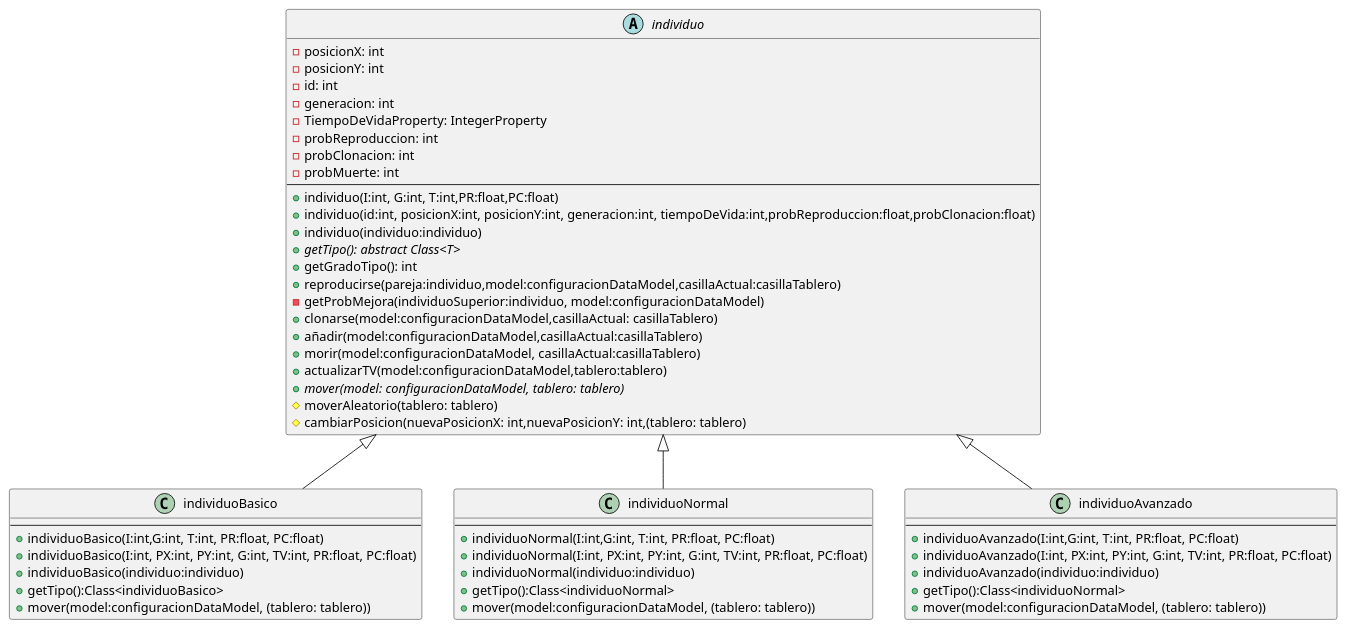
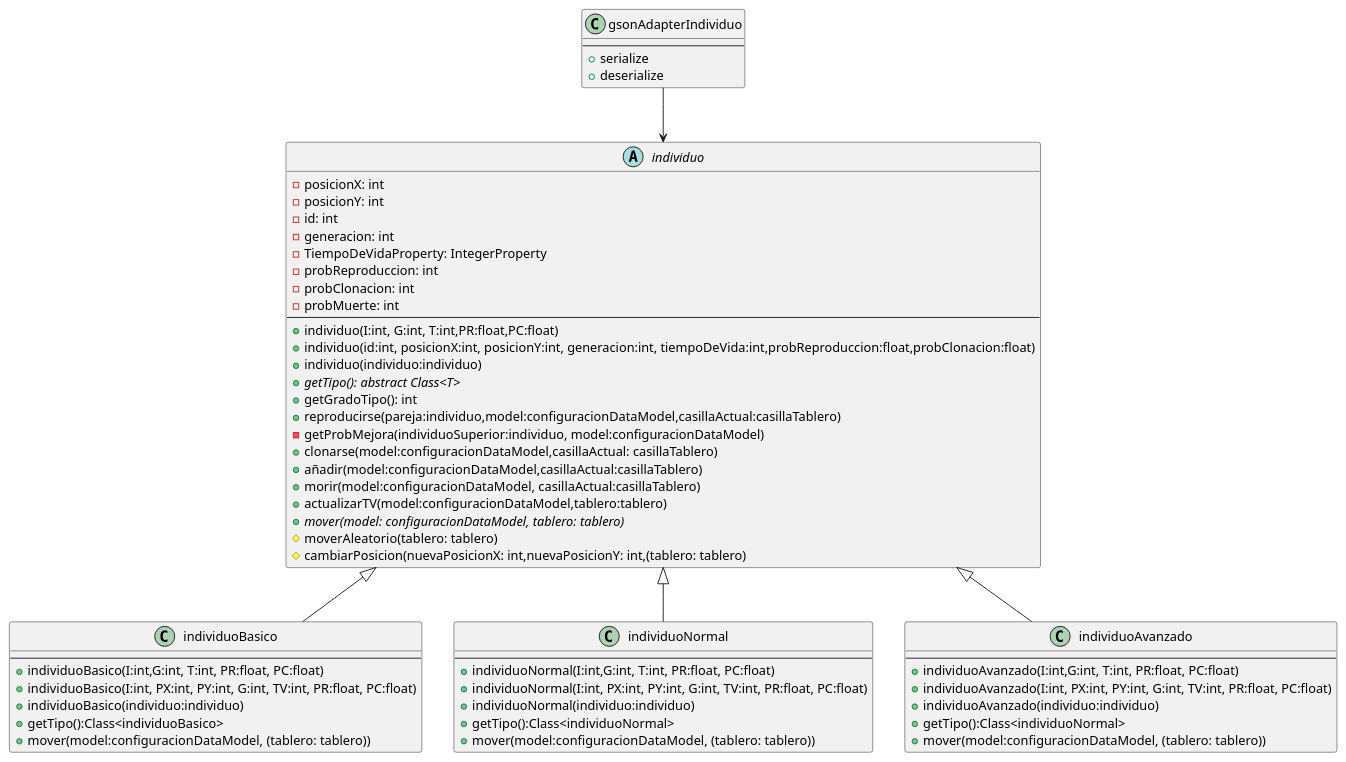
One commit to jeivees/PracticaFinal changed the diagram in UML/Individuos.puml. Above: the diagram before and after it, drawn with PlantUML. The commit also changed 3 other files, not shown here.

Commit message:
UML actualizado

```diff
--- a/UML/Individuos.puml
+++ b/UML/Individuos.puml
@@ -1,55 +1,60 @@
 @startuml
 'https://plantuml.com/use-case-diagram
 
 abstract class individuo{
     - posicionX: int
     - posicionY: int
     - id: int
     - generacion: int
     - TiempoDeVidaProperty: IntegerProperty
     - probReproduccion: int
     - probClonacion: int
     - probMuerte: int
     --
     + individuo(I:int, G:int, T:int,PR:float,PC:float)
     + individuo(id:int, posicionX:int, posicionY:int, generacion:int, tiempoDeVida:int,probReproduccion:float,probClonacion:float)
     + individuo(individuo:individuo)
     + {abstract} getTipo(): abstract Class<T>
     + getGradoTipo(): int
     + reproducirse(pareja:individuo,model:configuracionDataModel,casillaActual:casillaTablero)
     - getProbMejora(individuoSuperior:individuo, model:configuracionDataModel)
     + clonarse(model:configuracionDataModel,casillaActual: casillaTablero)
     + añadir(model:configuracionDataModel,casillaActual:casillaTablero)
     + morir(model:configuracionDataModel, casillaActual:casillaTablero)
     + actualizarTV(model:configuracionDataModel,tablero:tablero)
     + {abstract} mover(model: configuracionDataModel, tablero: tablero)
     # moverAleatorio(tablero: tablero)
     # cambiarPosicion(nuevaPosicionX: int,nuevaPosicionY: int,(tablero: tablero)
 }
 class individuoBasico extends individuo{
     --
     + individuoBasico(I:int,G:int, T:int, PR:float, PC:float)
     + individuoBasico(I:int, PX:int, PY:int, G:int, TV:int, PR:float, PC:float)
     + individuoBasico(individuo:individuo)
     + getTipo():Class<individuoBasico>
     + mover(model:configuracionDataModel, (tablero: tablero))
     }
 class individuoNormal extends individuo{
     --
     + individuoNormal(I:int,G:int, T:int, PR:float, PC:float)
     + individuoNormal(I:int, PX:int, PY:int, G:int, TV:int, PR:float, PC:float)
     + individuoNormal(individuo:individuo)
     + getTipo():Class<individuoNormal>
     + mover(model:configuracionDataModel, (tablero: tablero))
     }
 class individuoAvanzado extends individuo{
     --
     + individuoAvanzado(I:int,G:int, T:int, PR:float, PC:float)
     + individuoAvanzado(I:int, PX:int, PY:int, G:int, TV:int, PR:float, PC:float)
     + individuoAvanzado(individuo:individuo)
     + getTipo():Class<individuoNormal>
     + mover(model:configuracionDataModel, (tablero: tablero))
     }
-
+class gsonAdapterIndividuo{
+--
++serialize
++deserialize
+}
+gsonAdapterIndividuo-->individuo
 
 @enduml
```
